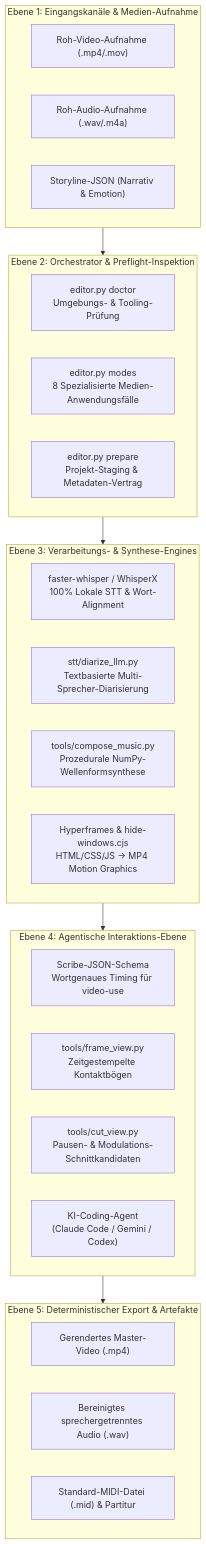
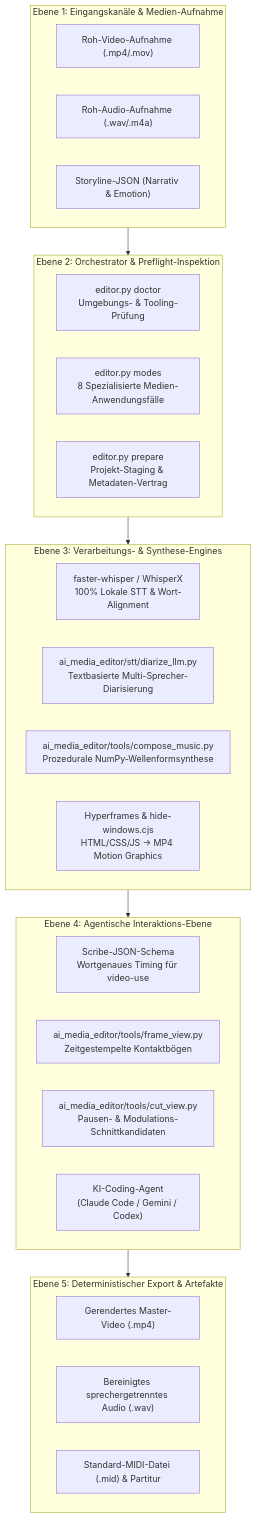
One commit to ellmos-ai/ai-media-editor changed the first of 2 diagrams in README_de.md. Above: the diagram before and after it, drawn with Mermaid. The commit also changed other lines of this file and 28 other files, not shown here.

First line of the commit message:
fix(packaging): make ai-media-editor a real installable package (#3)

````diff
--- a/README_de.md
+++ b/README_de.md
@@ -70,39 +70,39 @@
 ```mermaid
 flowchart TB
     subgraph Intake ["Ebene 1: Eingangskanäle & Medien-Aufnahme"]
         V["Roh-Video-Aufnahme (.mp4/.mov)"]
         A["Roh-Audio-Aufnahme (.wav/.m4a)"]
         S["Storyline-JSON (Narrativ & Emotion)"]
     end
 
     subgraph Preflight ["Ebene 2: Orchestrator & Preflight-Inspektion"]
         DOC["editor.py doctor<br/>Umgebungs- & Tooling-Prüfung"]
         MODES["editor.py modes<br/>8 Spezialisierte Medien-Anwendungsfälle"]
         PREP["editor.py prepare<br/>Projekt-Staging & Metadaten-Vertrag"]
     end
 
     subgraph Engines ["Ebene 3: Verarbeitungs- & Synthese-Engines"]
         FW["faster-whisper / WhisperX<br/>100% Lokale STT & Wort-Alignment"]
-        DIAR["stt/diarize_llm.py<br/>Textbasierte Multi-Sprecher-Diarisierung"]
-        MUSIC["tools/compose_music.py<br/>Prozedurale NumPy-Wellenformsynthese"]
+        DIAR["ai_media_editor/stt/diarize_llm.py<br/>Textbasierte Multi-Sprecher-Diarisierung"]
+        MUSIC["ai_media_editor/tools/compose_music.py<br/>Prozedurale NumPy-Wellenformsynthese"]
         HF["Hyperframes & hide-windows.cjs<br/>HTML/CSS/JS -> MP4 Motion Graphics"]
     end
 
     subgraph Agentic ["Ebene 4: Agentische Interaktions-Ebene"]
         SCRIBE["Scribe-JSON-Schema<br/>Wortgenaues Timing für video-use"]
-        FRAMES["tools/frame_view.py<br/>Zeitgestempelte Kontaktbögen"]
-        CUTS["tools/cut_view.py<br/>Pausen- & Modulations-Schnittkandidaten"]
+        FRAMES["ai_media_editor/tools/frame_view.py<br/>Zeitgestempelte Kontaktbögen"]
+        CUTS["ai_media_editor/tools/cut_view.py<br/>Pausen- & Modulations-Schnittkandidaten"]
         LLM["KI-Coding-Agent<br/>(Claude Code / Gemini / Codex)"]
     end
 
     subgraph Export ["Ebene 5: Deterministischer Export & Artefakte"]
         OUT_V["Gerendertes Master-Video (.mp4)"]
         OUT_A["Bereinigtes sprechergetrenntes Audio (.wav)"]
         OUT_M["Standard-MIDI-Datei (.mid) & Partitur"]
     end
 
     Intake --> Preflight
     Preflight --> Engines
     Engines --> Agentic
     Agentic --> Export
 ```
````
